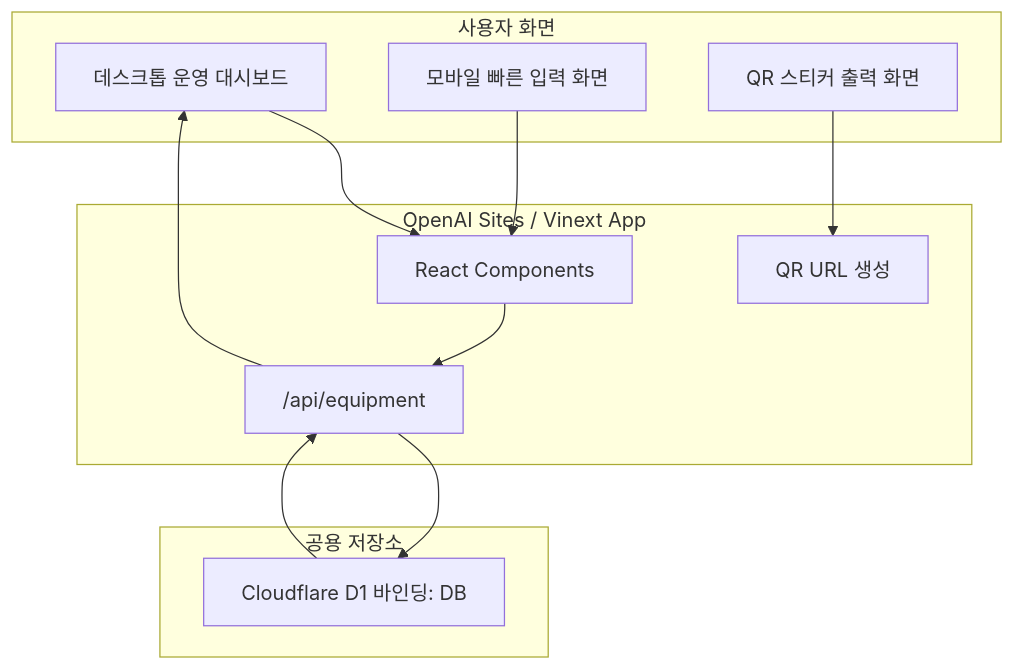
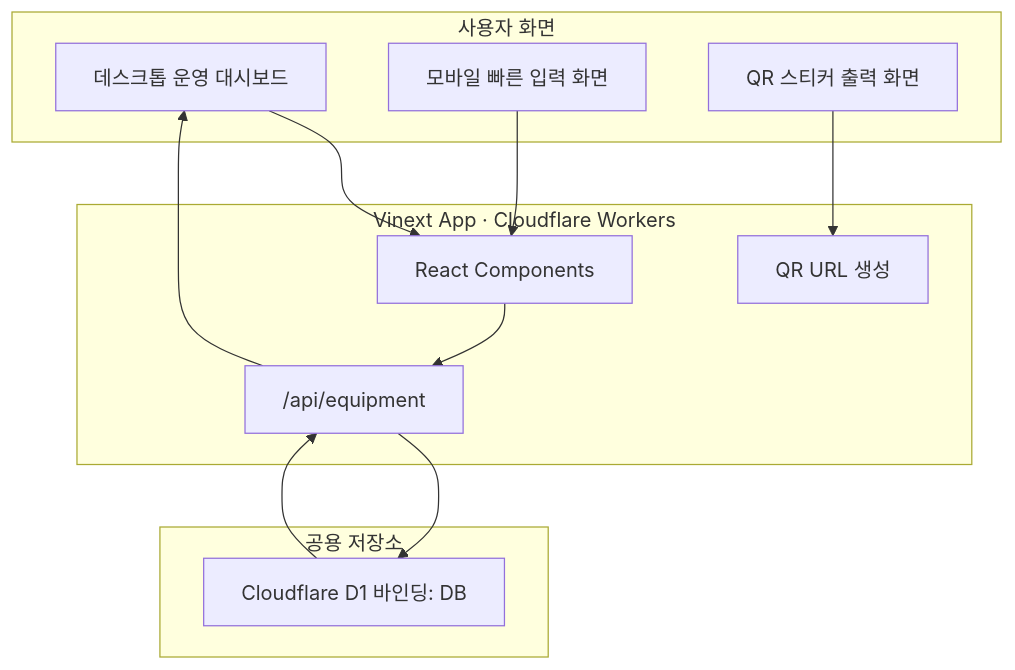
The second of 2 diagrams in README.md (BlueStylo/equipment-management), drawn with Mermaid before and after one commit. The commit also changed other lines of this file and 16 other files, not shown here.

````diff
--- a/README.md
+++ b/README.md
@@ -52,26 +65,26 @@
 ```mermaid
 flowchart TB
   subgraph Client["사용자 화면"]
     Dashboard["데스크톱 운영 대시보드"]
     Mobile["모바일 빠른 입력 화면"]
     Print["QR 스티커 출력 화면"]
   end
 
-  subgraph App["OpenAI Sites / Vinext App"]
+  subgraph App["Vinext App · Cloudflare Workers"]
     API["/api/equipment"]
     UI["React Components"]
     QR["QR URL 생성"]
   end
 
   subgraph Storage["공용 저장소"]
     D1["Cloudflare D1 바인딩: DB"]
   end
 
   Dashboard --> UI
   Mobile --> UI
   Print --> QR
   UI --> API
   API --> D1
   D1 --> API
   API --> Dashboard
 ```
````
